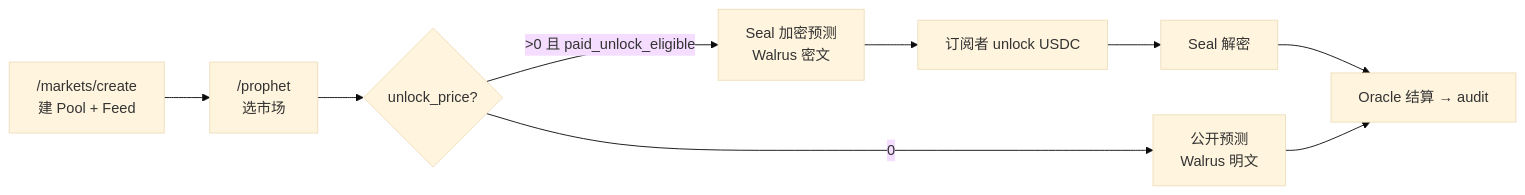
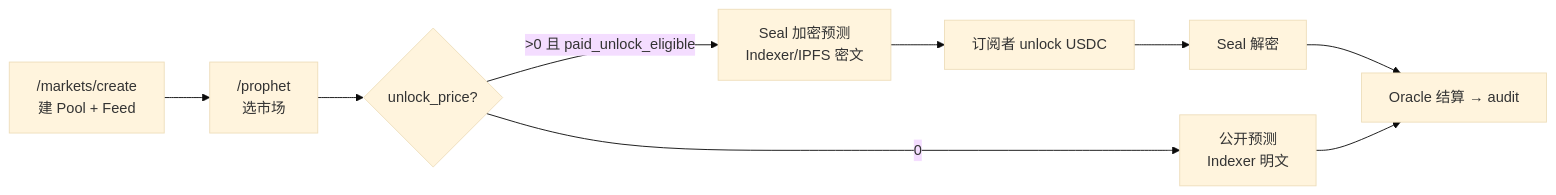
One commit to bamaao/x-market changed the diagram in docs/prophet-market-and-encryption-guide.md. Above: the diagram before and after it, drawn with Mermaid (base theme). The commit also changed other lines of this file and 44 other files, not shown here.

First line of the commit message:
feat(prophet): persist blobs on Indexer/IPFS instead of Walrus

````diff
--- a/docs/prophet-market-and-encryption-guide.md
+++ b/docs/prophet-market-and-encryption-guide.md
@@ -146,11 +146,11 @@
 ```mermaid
 flowchart LR
     A["/markets/create<br/>建 Pool + Feed"] --> B["/prophet<br/>选市场"]
     B --> C{"unlock_price?"}
-    C -->|0| D["公开预测<br/>Walrus 明文"]
-    C -->|">0 且 paid_unlock_eligible"| E["Seal 加密预测<br/>Walrus 密文"]
+    C -->|0| D["公开预测<br/>Indexer 明文"]
+    C -->|">0 且 paid_unlock_eligible"| E["Seal 加密预测<br/>Indexer/IPFS 密文"]
     E --> F["订阅者 unlock USDC"]
     F --> G["Seal 解密"]
     G --> H["Oracle 结算 → audit"]
     D --> H
 ```
````
